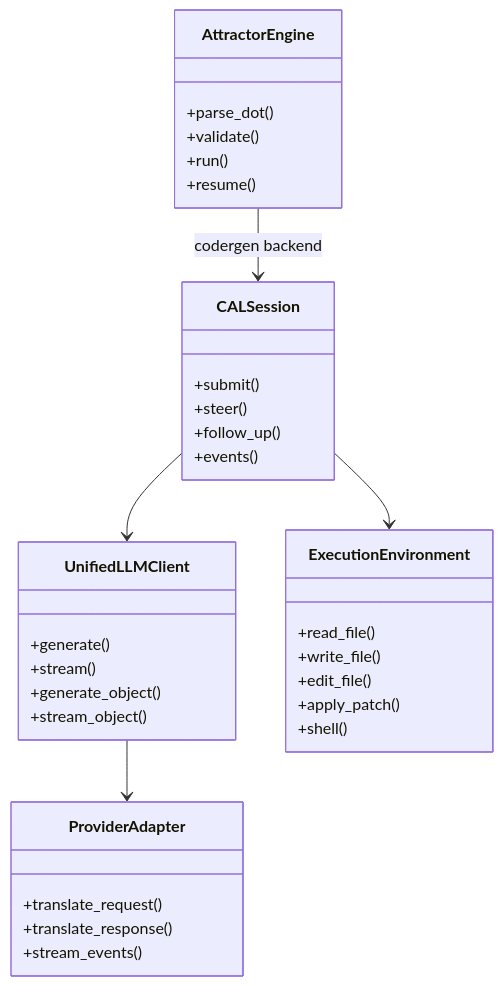
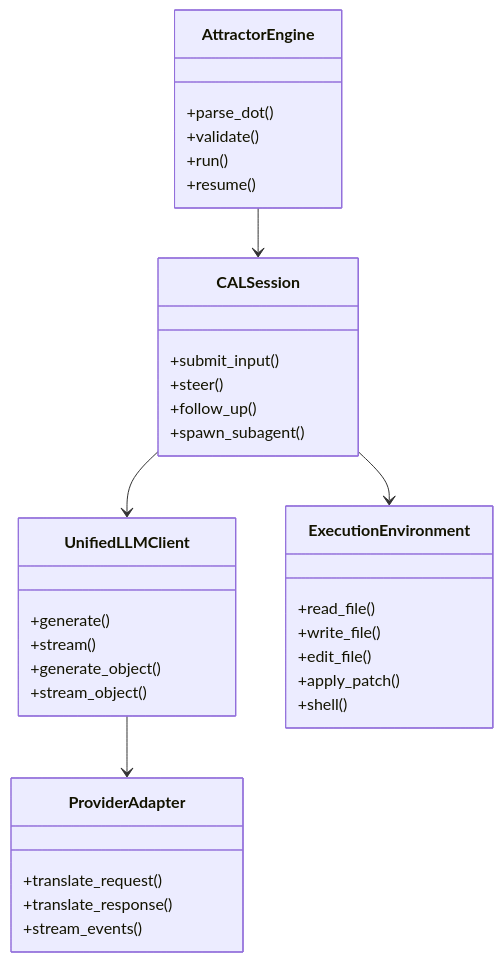
The first of 5 diagrams in docs/sprints/SPRINT-003-implementation-plan.md (jaytaylor/attractor-tcl), drawn with Mermaid before and after one commit. The commit also changed other lines of this file, not shown here.

Commit message:
docs: sync sprint 003 implementation plan to verified completion

````diff
--- a/docs/sprints/SPRINT-003-implementation-plan.md
+++ b/docs/sprints/SPRINT-003-implementation-plan.md
@@ -800,39 +1637,42 @@
 ```mermaid
-%% Source: .scratch/diagrams/sprint-003-implementation-plan/domain.mmd
 classDiagram
   class UnifiedLLMClient {
     +generate()
     +stream()
     +generate_object()
     +stream_object()
   }
+
   class ProviderAdapter {
     +translate_request()
     +translate_response()
     +stream_events()
   }
+
   class CALSession {
-    +submit()
+    +submit_input()
     +steer()
     +follow_up()
-    +events()
+    +spawn_subagent()
   }
+
   class ExecutionEnvironment {
     +read_file()
     +write_file()
     +edit_file()
     +apply_patch()
     +shell()
   }
+
   class AttractorEngine {
     +parse_dot()
     +validate()
     +run()
     +resume()
   }
 
   UnifiedLLMClient --> ProviderAdapter
   CALSession --> UnifiedLLMClient
   CALSession --> ExecutionEnvironment
-  AttractorEngine --> CALSession : codergen backend
+  AttractorEngine --> CALSession
 ```
````
